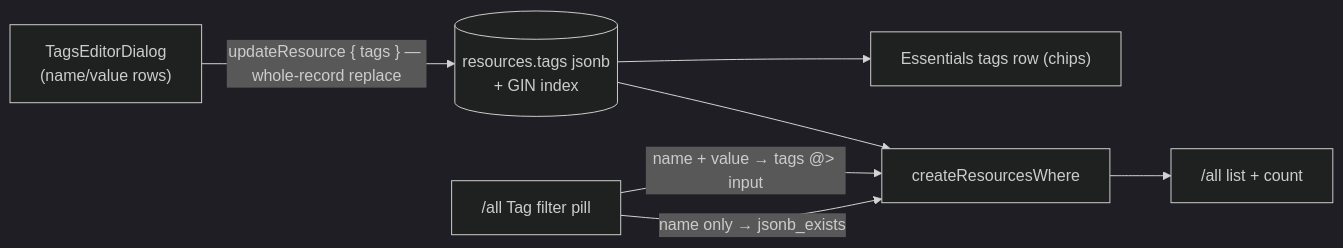
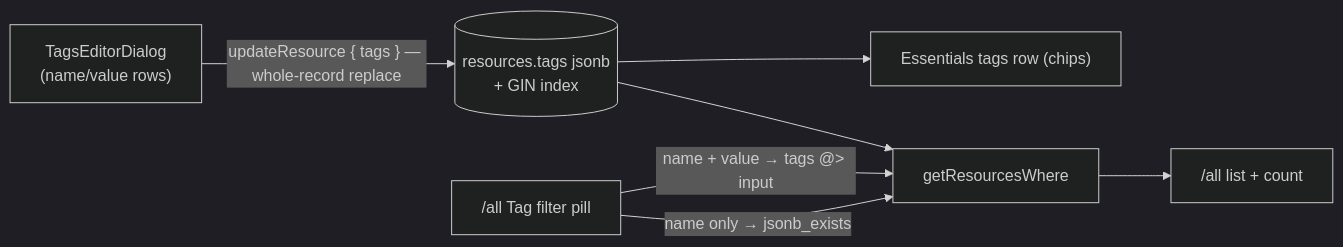
Before and after one commit to Esposter/Esposter: the diagram in packages/app/content/docs/platform/tags.md, drawn with Mermaid (dark theme). The commit also changed other lines of this file and 8 other files, not shown here.

First line of the commit message:
docs: carry the resource filter and count renames into the pages that name them

````diff
--- a/packages/app/content/docs/platform/tags.md
+++ b/packages/app/content/docs/platform/tags.md
@@ -18,9 +18,9 @@
 ```mermaid
 flowchart LR
   DLG["TagsEditorDialog<br/>(name/value rows)"] -->|"updateResource { tags } — whole-record replace"| COL[("resources.tags jsonb<br/>+ GIN index")]
   COL --> ESS["Essentials tags row (chips)"]
-  PILL["/all Tag filter pill"] -->|"name + value → tags @> input"| WHERE["createResourcesWhere"]
+  PILL["/all Tag filter pill"] -->|"name + value → tags @> input"| WHERE["getResourcesWhere"]
   PILL -->|"name only → jsonb_exists"| WHERE
   COL --> WHERE
   WHERE --> LIST["/all list + count"]
 ```
````
